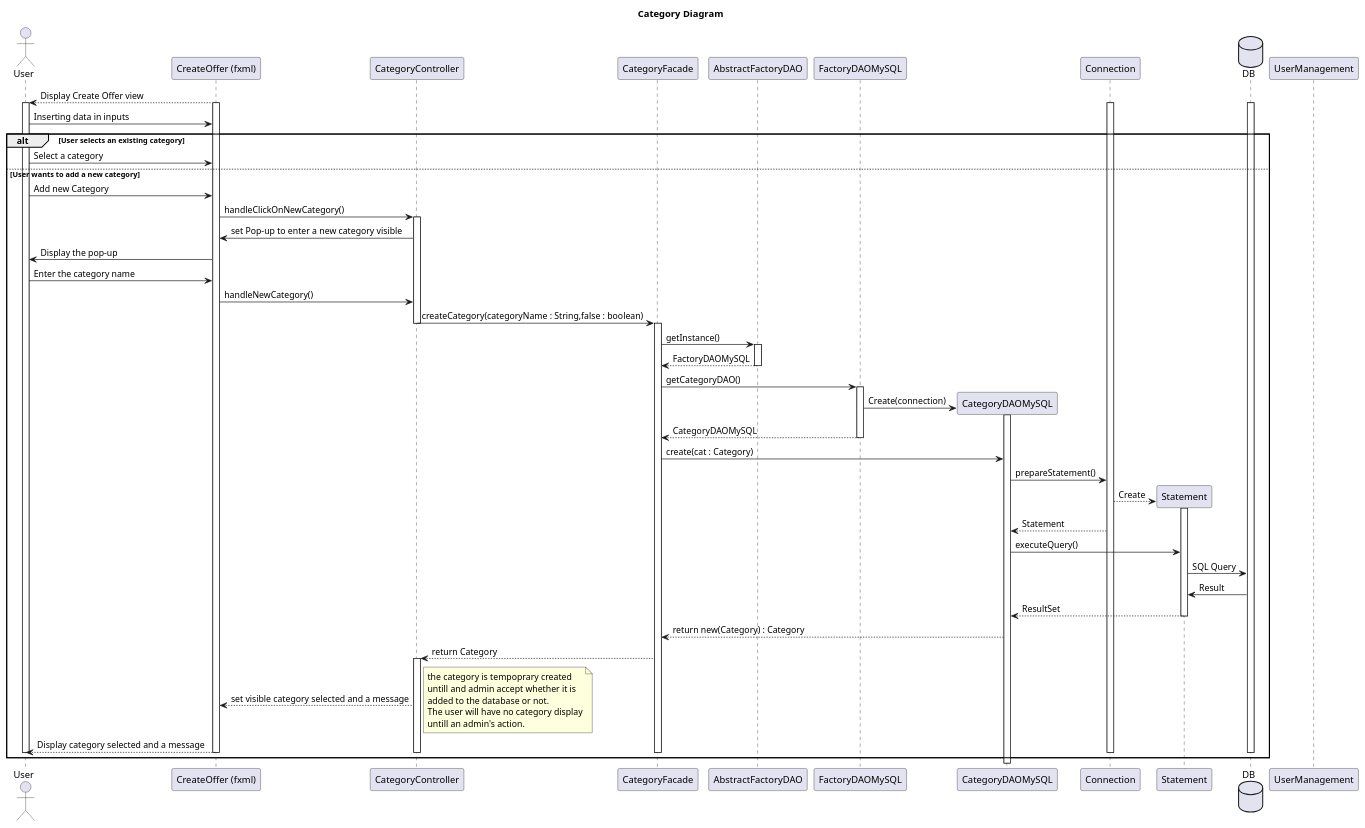
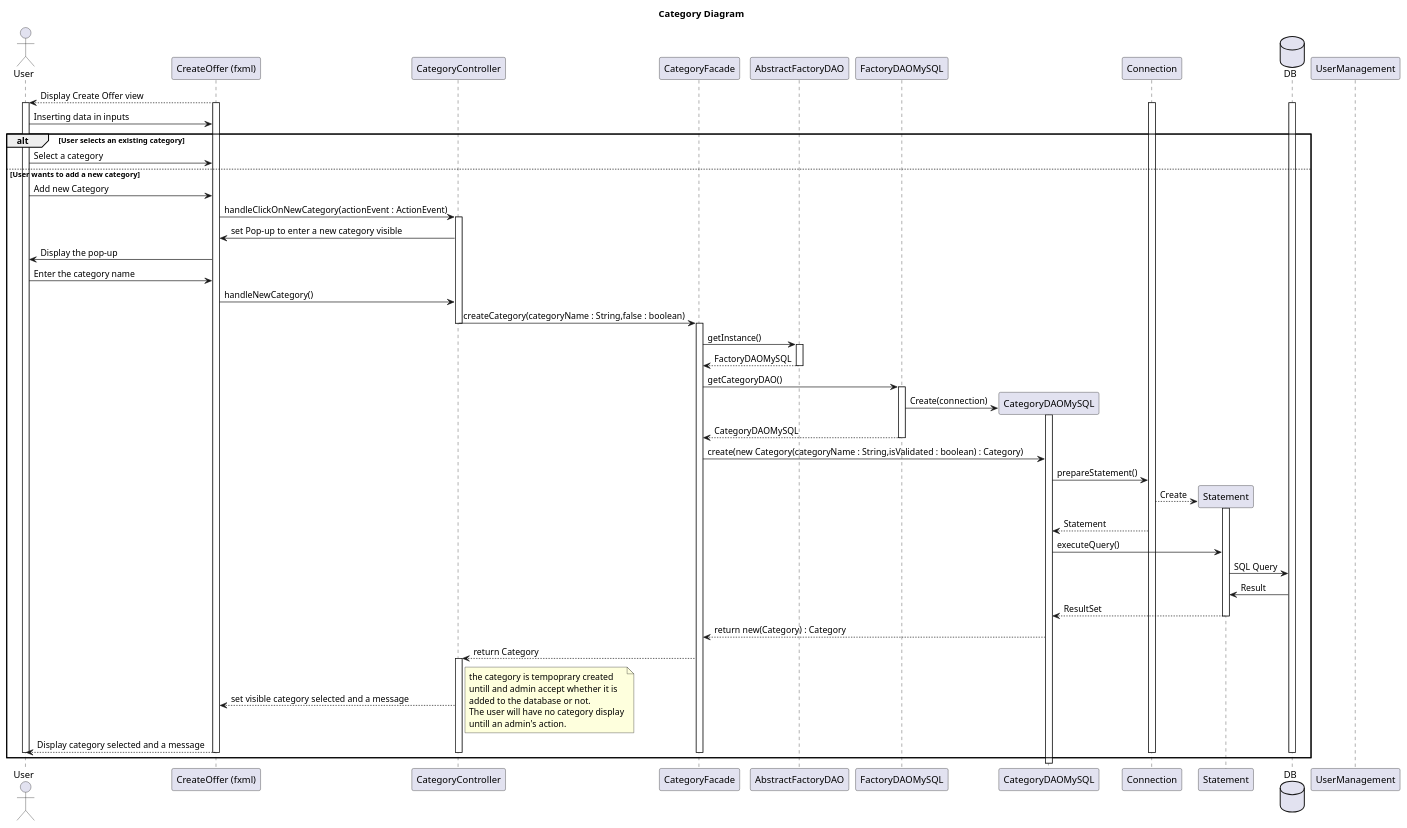
One commit to LaunoisRemy/ToolShare changed the diagram in documents/diagram/category/categorySequence.puml. Above: the diagram before and after it, drawn with PlantUML. The commit also changed 1 other file, not shown here.

Commit message:
Update function create(T) and Controller on class diagram

```diff
--- a/documents/diagram/category/categorySequence.puml
+++ b/documents/diagram/category/categorySequence.puml
@@ -1,120 +1,120 @@
 @startuml
 title Category Diagram
 
 actor User
 participant "CreateOffer (fxml)"
 participant CategoryController
 participant CategoryFacade
 participant AbstractFactoryDAO
 participant FactoryDAOMySQL
 participant CategoryDAOMySQL
 participant Connection
 participant Statement
 database DB
 
 
 "CreateOffer (fxml)"-->User: Display Create Offer view
 
 activate "CreateOffer (fxml)"
 activate User
 activate DB
 activate Connection
 
 User->"CreateOffer (fxml)": Inserting data in inputs
 
 alt User selects an existing category
     User->"CreateOffer (fxml)": Select a category
 else User wants to add a new category
     User ->  "CreateOffer (fxml)":Add new Category
-    "CreateOffer (fxml)" -> CategoryController:handleClickOnNewCategory()
+    "CreateOffer (fxml)" -> CategoryController:handleClickOnNewCategory(actionEvent : ActionEvent)
     activate CategoryController
 
     CategoryController -> "CreateOffer (fxml)":set Pop-up to enter a new category visible
     "CreateOffer (fxml)" ->User  :Display the pop-up
     User ->  "CreateOffer (fxml)":Enter the category name
     "CreateOffer (fxml)"->CategoryController: handleNewCategory()
     CategoryController -> CategoryFacade : createCategory(categoryName : String,false : boolean)
 
     deactivate CategoryController
     activate CategoryFacade
 
     CategoryFacade->AbstractFactoryDAO:getInstance()
 
     activate AbstractFactoryDAO
     AbstractFactoryDAO--> CategoryFacade : FactoryDAOMySQL
     deactivate AbstractFactoryDAO
 
     CategoryFacade -> FactoryDAOMySQL:getCategoryDAO()
 
     activate FactoryDAOMySQL
 
     FactoryDAOMySQL->CategoryDAOMySQL **:Create(connection)
 
     activate CategoryDAOMySQL
     FactoryDAOMySQL-->CategoryFacade:CategoryDAOMySQL
 
     deactivate FactoryDAOMySQL
 
-    CategoryFacade->CategoryDAOMySQL: create(cat : Category)
+    CategoryFacade->CategoryDAOMySQL: create(new Category(categoryName : String,isValidated : boolean) : Category)
 
     CategoryDAOMySQL->Connection: prepareStatement()
 
     Connection-->Statement **: Create
 
     activate Statement
 
     Connection-->CategoryDAOMySQL: Statement
 
 
     CategoryDAOMySQL->Statement:executeQuery()
 
     Statement->DB: SQL Query
 
     DB->Statement:Result
 
     Statement-->CategoryDAOMySQL: ResultSet
 
     deactivate Statement
 
     CategoryDAOMySQL-->CategoryFacade: return new(Category) : Category
 
     CategoryFacade-->CategoryController : return Category
     activate CategoryController
     CategoryController-->"CreateOffer (fxml)":set visible category selected and a message
     note right
         the category is tempoprary created
         untill and admin accept whether it is
         added to the database or not.
         The user will have no category display
         untill an admin's action.
     end note
     "CreateOffer (fxml)"-->User:Display category selected and a message
 
     deactivate CategoryFacade
     deactivate "CreateOffer (fxml)"
     deactivate CategoryController
     deactivate Connection
     deactivate DB
     deactivate UserManagement
     deactivate User
 end
 
 
 
 
 
 
 
 
 
 
 
 
 
 
 
 
 
 
 
 @enduml
```
